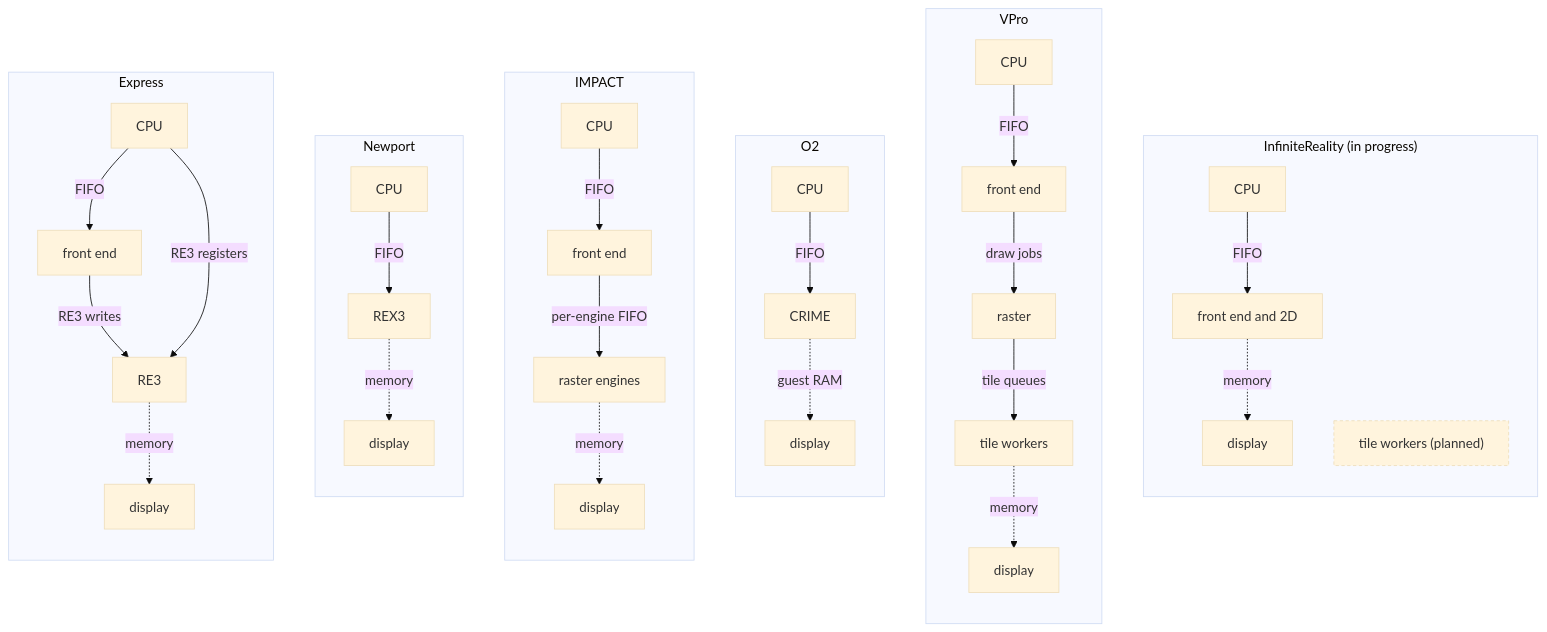
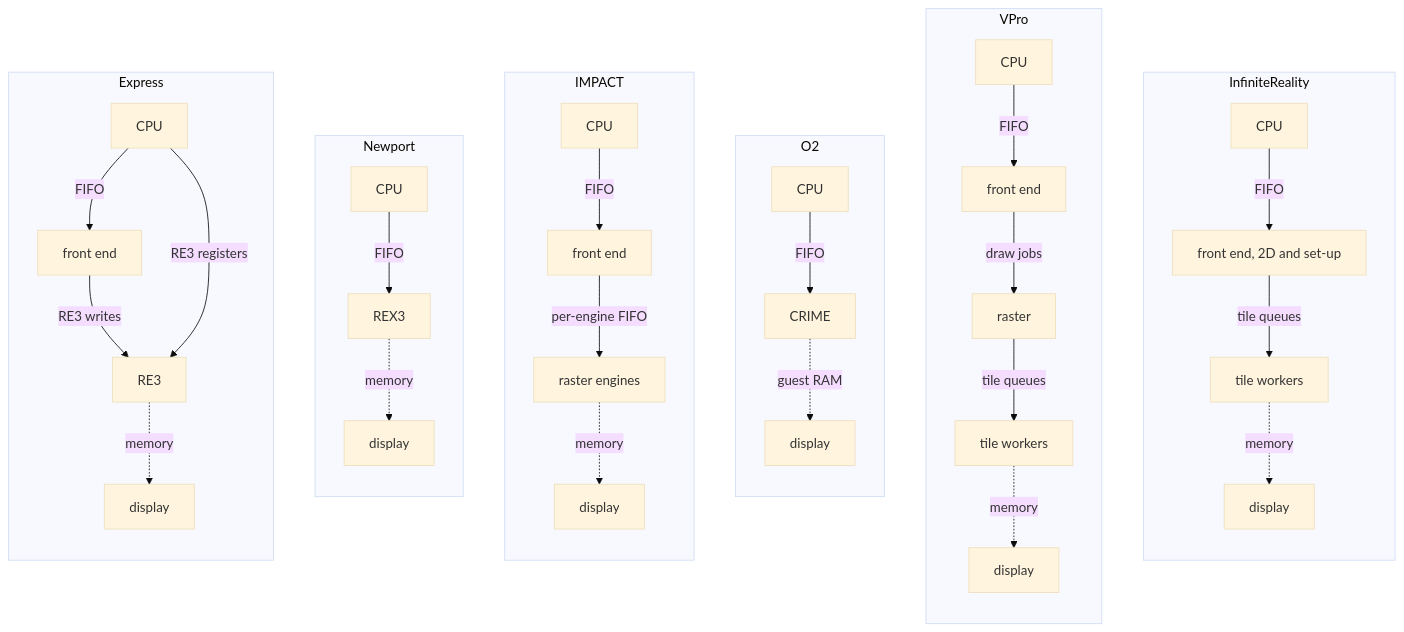
Before and after one commit to techomancer/iris: the diagram in docs/graphics/README.md, drawn with Mermaid (base theme). The commit also changed other lines of this file and 4 other files, not shown here.

````diff
--- a/docs/graphics/README.md
+++ b/docs/graphics/README.md
@@ -105,31 +103,29 @@
 ```mermaid
 flowchart LR
   subgraph EX["Express"]
     direction TB
     ex0["CPU"] -->|FIFO| ex1["front end"] -->|RE3 writes| ex2["RE3"] -.->|memory| ex3["display"]
     ex0 -->|RE3 registers| ex2
   end
   subgraph NP["Newport"]
     direction TB
     np0["CPU"] -->|FIFO| np1["REX3"] -.->|memory| np2["display"]
   end
   subgraph IM["IMPACT"]
     direction TB
     im0["CPU"] -->|FIFO| im1["front end"] -->|per-engine FIFO| im2["raster engines"] -.->|memory| im3["display"]
   end
   subgraph O2["O2"]
     direction TB
     o20["CPU"] -->|FIFO| o21["CRIME"] -.->|guest RAM| o22["display"]
   end
   subgraph VP["VPro"]
     direction TB
     vp0["CPU"] -->|FIFO| vp1["front end"] -->|draw jobs| vpr["raster"] -->|tile queues| vp2["tile workers"] -.->|memory| vp3["display"]
   end
-  subgraph KN["InfiniteReality (in progress)"]
+  subgraph KN["InfiniteReality"]
     direction TB
-    kn0["CPU"] -->|FIFO| kn1["front end and 2D"] -.->|memory| kn2["display"]
-    kn3["tile workers (planned)"]
+    kn0["CPU"] -->|FIFO| kn1["front end, 2D and set-up"] -->|tile queues| kn3["tile workers"] -.->|memory| kn2["display"]
   end
   EX ~~~ NP ~~~ IM ~~~ O2 ~~~ VP ~~~ KN
-  style kn3 stroke-dasharray: 4 3
 ```
````
